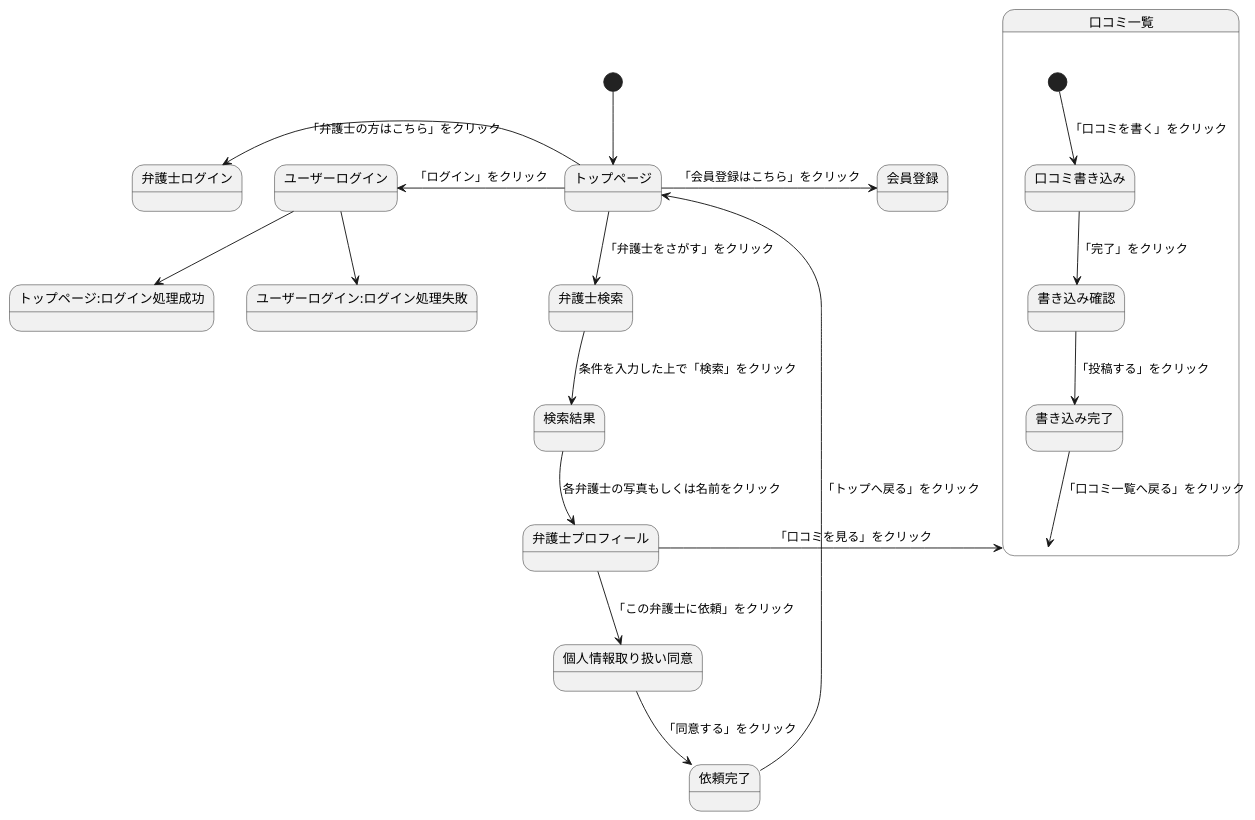
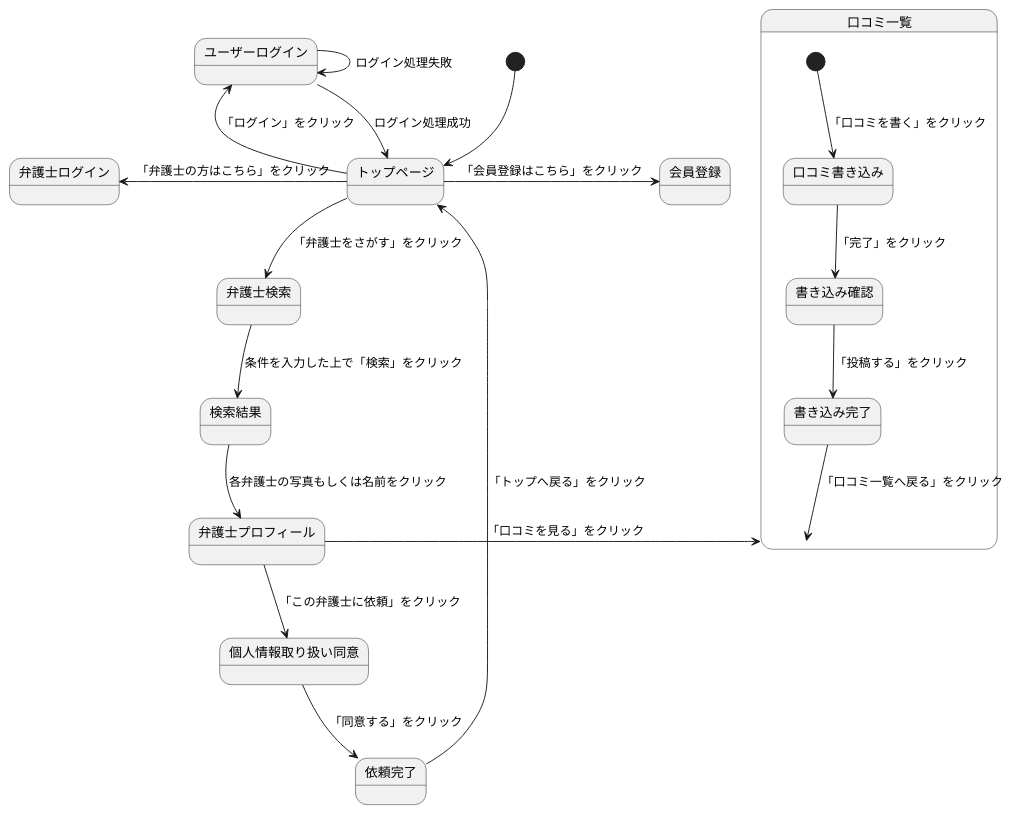
Before and after one commit to Aso2001374/2021sys-design: the diagram in 0524kadai.md, drawn with PlantUML.

````diff
--- a/0524kadai.md
+++ b/0524kadai.md
@@ -1,25 +1,25 @@
 ```uml
 @startuml
 [*] --> トップページ
 トップページ -> 会員登録:「会員登録はこちら」をクリック
 トップページ -left-> ユーザーログイン:「ログイン」をクリック
-ユーザーログイン-->トップページ:ログイン処理成功
-ユーザーログイン-->ユーザーログイン:ログイン処理失敗
+ユーザーログイン--> トップページ: ログイン処理成功
+ユーザーログイン--> ユーザーログイン: ログイン処理失敗
 トップページ -left-> 弁護士ログイン:「弁護士の方はこちら」をクリック
 トップページ --> 弁護士検索:「弁護士をさがす」をクリック
 弁護士検索 --> 検索結果: 条件を入力した上で「検索」をクリック
 検索結果 -down-> 弁護士プロフィール: 各弁護士の写真もしくは名前をクリック
 弁護士プロフィール -left-> 口コミ一覧:「口コミを見る」をクリック
 弁護士プロフィール --> 個人情報取り扱い同意:「この弁護士に依頼」をクリック
 個人情報取り扱い同意-->依頼完了:「同意する」をクリック
 依頼完了-->トップページ:「トップへ戻る」をクリック
 
 state 口コミ一覧{
 [*] --> 口コミ書き込み:「口コミを書く」をクリック
 口コミ書き込み --> 書き込み確認:「完了」をクリック
 書き込み確認 --> 書き込み完了:「投稿する」をクリック
 書き込み完了 --> 口コミ一覧:「口コミ一覧へ戻る」をクリック
 }
 
 @enduml
 ```
````
